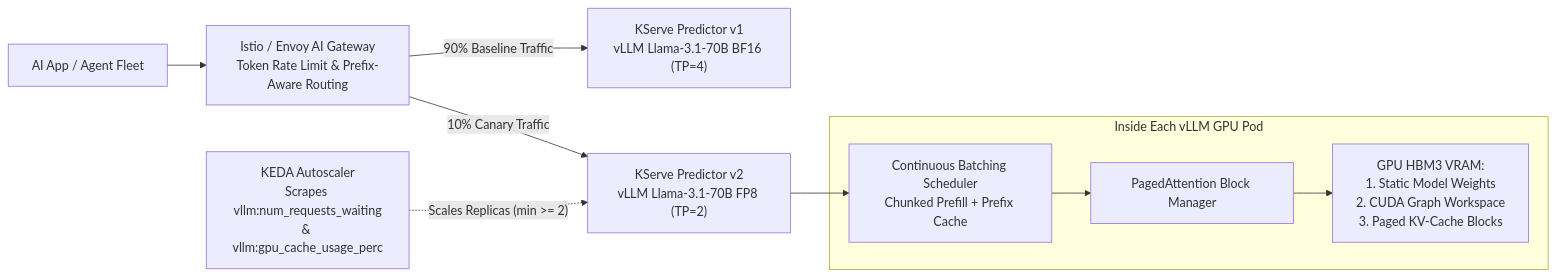
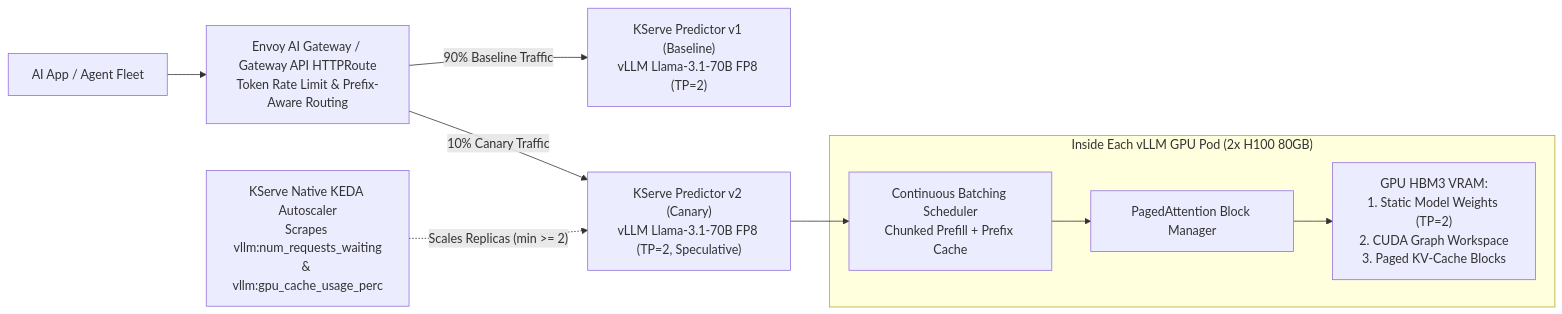
The first of 4 diagrams in docs/04-inference-runtimes-model-serving.md (xsub/AiOps_on_K8S_Fundamentals_n_Practicies), drawn with Mermaid before and after one commit. The commit also changed other lines of this file and 12 other files, not shown here.

````diff
--- a/docs/04-inference-runtimes-model-serving.md
+++ b/docs/04-inference-runtimes-model-serving.md
@@ -17,16 +17,16 @@
 ```mermaid
 flowchart LR
-    Client["AI App / Agent Fleet"] --> GW["Istio / Envoy AI Gateway\nToken Rate Limit & Prefix-Aware Routing"]
-    GW -- "90% Baseline Traffic" --> Rev1["KServe Predictor v1\nvLLM Llama-3.1-70B BF16 (TP=4)"]
-    GW -- "10% Canary Traffic" --> Rev2["KServe Predictor v2\nvLLM Llama-3.1-70B FP8 (TP=2)"]
+    Client["AI App / Agent Fleet"] --> GW["Envoy AI Gateway / Gateway API HTTPRoute\nToken Rate Limit & Prefix-Aware Routing"]
+    GW -- "90% Baseline Traffic" --> Rev1["KServe Predictor v1 (Baseline)\nvLLM Llama-3.1-70B FP8 (TP=2)"]
+    GW -- "10% Canary Traffic" --> Rev2["KServe Predictor v2 (Canary)\nvLLM Llama-3.1-70B FP8 (TP=2, Speculative)"]
 
-    subgraph Pod["Inside Each vLLM GPU Pod"]
+    subgraph Pod["Inside Each vLLM GPU Pod (2x H100 80GB)"]
         Sched["Continuous Batching Scheduler\nChunked Prefill + Prefix Cache"]
         PA["PagedAttention Block Manager"]
-        HBM["GPU HBM3 VRAM:\n1. Static Model Weights\n2. CUDA Graph Workspace\n3. Paged KV-Cache Blocks"]
+        HBM["GPU HBM3 VRAM:\n1. Static Model Weights (TP=2)\n2. CUDA Graph Workspace\n3. Paged KV-Cache Blocks"]
         Sched --> PA --> HBM
     end
 
     Rev2 --> Sched
-    KEDA["KEDA Autoscaler\nScrapes vllm:num_requests_waiting\n& vllm:gpu_cache_usage_perc"] -. "Scales Replicas (min >= 2)" .-> Rev2
+    KEDA["KServe Native KEDA Autoscaler\nScrapes vllm:num_requests_waiting\n& vllm:gpu_cache_usage_perc"] -. "Scales Replicas (min >= 2)" .-> Rev2
 ```
````
